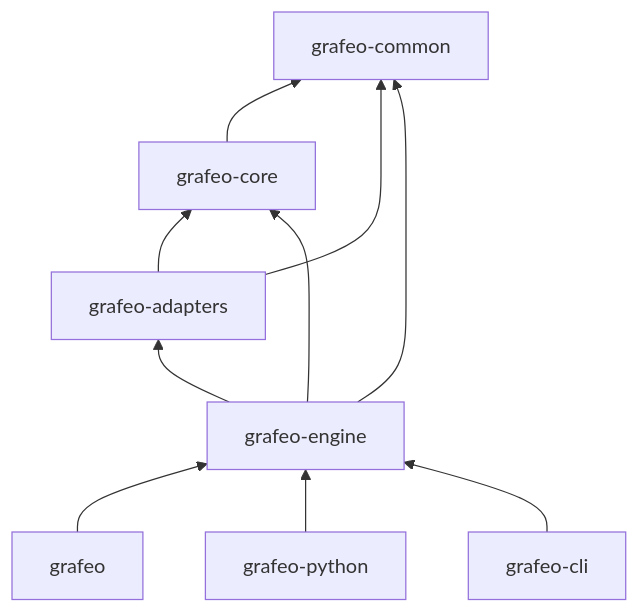
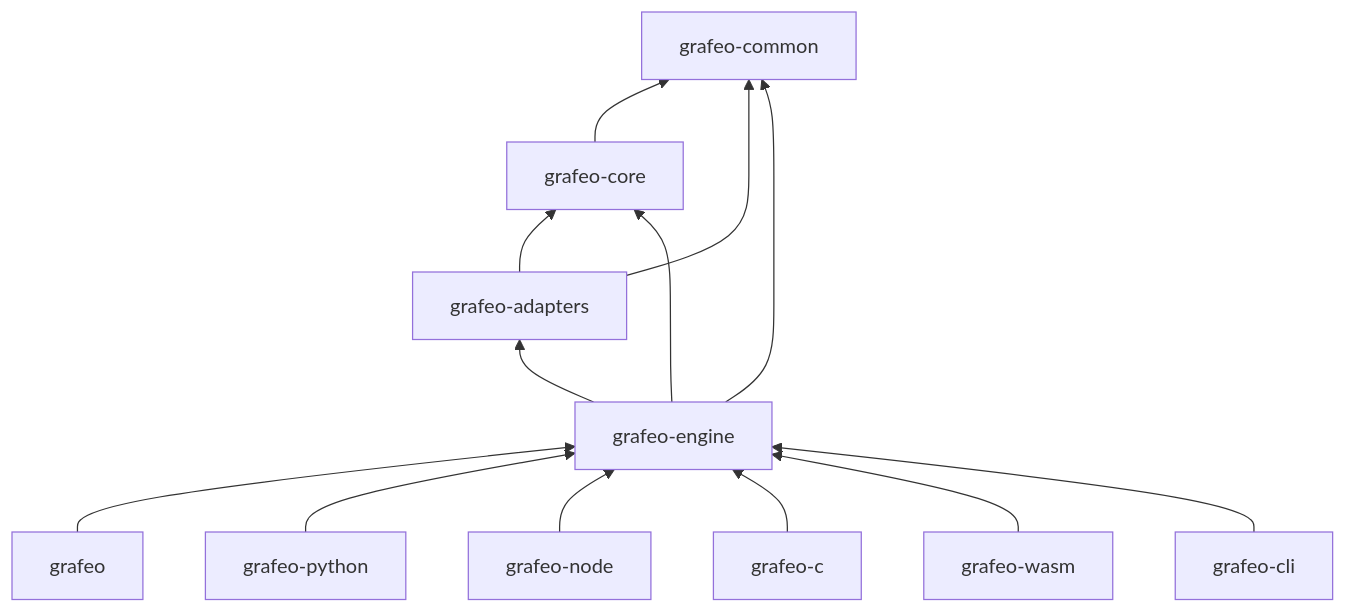
The diagram in docs/architecture/crates.md (GrafeoDB/grafeo), drawn with Mermaid before and after one commit. The commit also changed other lines of this file and 12 other files, not shown here.

````diff
--- a/docs/architecture/crates.md
+++ b/docs/architecture/crates.md
@@ -15,20 +15,26 @@
 ```mermaid
 graph BT
     COMMON[grafeo-common]
     CORE[grafeo-core]
     ADAPTERS[grafeo-adapters]
     ENGINE[grafeo-engine]
     GRAFEO[grafeo]
     PYTHON[grafeo-python]
+    NODE[grafeo-node]
+    CFFI[grafeo-c]
+    WASM[grafeo-wasm]
     CLI[grafeo-cli]
 
     CORE --> COMMON
     ADAPTERS --> COMMON
     ADAPTERS --> CORE
     ENGINE --> COMMON
     ENGINE --> CORE
     ENGINE --> ADAPTERS
     GRAFEO --> ENGINE
     PYTHON --> ENGINE
+    NODE --> ENGINE
+    CFFI --> ENGINE
+    WASM --> ENGINE
     CLI --> ENGINE
 ```
````
